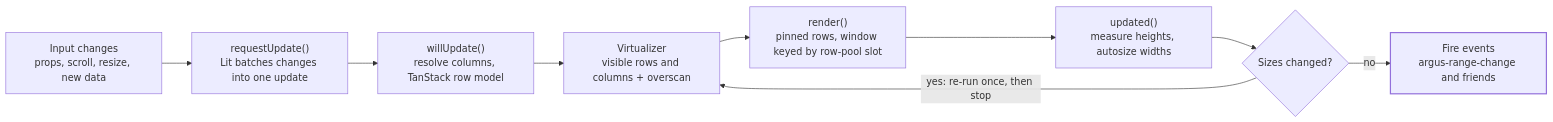
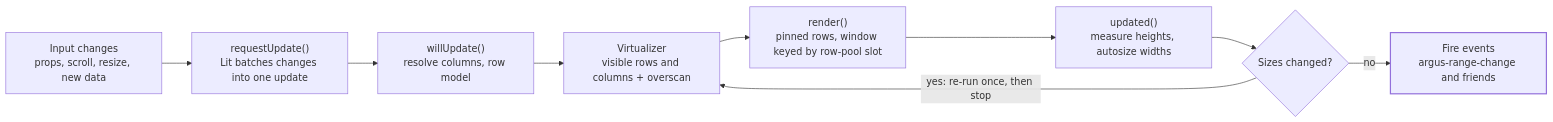
One commit to Joessst-Dev/argus-table changed the diagram in docs/plan/code-architecture/02-render-cycle.md. Above: the diagram before and after it, drawn with Mermaid. The commit also changed 34 other files, not shown here.

First line of the commit message:
perf: own row model, without TanStack Table (ADR 0010) (#179)

````diff
--- a/docs/plan/code-architecture/02-render-cycle.md
+++ b/docs/plan/code-architecture/02-render-cycle.md
@@ -9,14 +9,14 @@
 ```mermaid
 flowchart LR
     change["Input changes<br/>props, scroll, resize, new data"] --> request["requestUpdate()<br/>Lit batches changes into one update"]
-    request --> will["willUpdate()<br/>resolve columns, TanStack row model"]
+    request --> will["willUpdate()<br/>resolve columns, row model"]
     will --> virt["Virtualizer<br/>visible rows and columns + overscan"]
     virt --> render["render()<br/>pinned rows, window keyed by row-pool slot"]
     render --> measure["updated()<br/>measure heights, autosize widths"]
     measure --> sizes{"Sizes changed?"}
     sizes -- "yes: re-run once, then stop" --> virt
     sizes -- no --> events["Fire events<br/>argus-range-change and friends"]
 
     classDef main stroke-width:2px
     class events main
 ```
````
